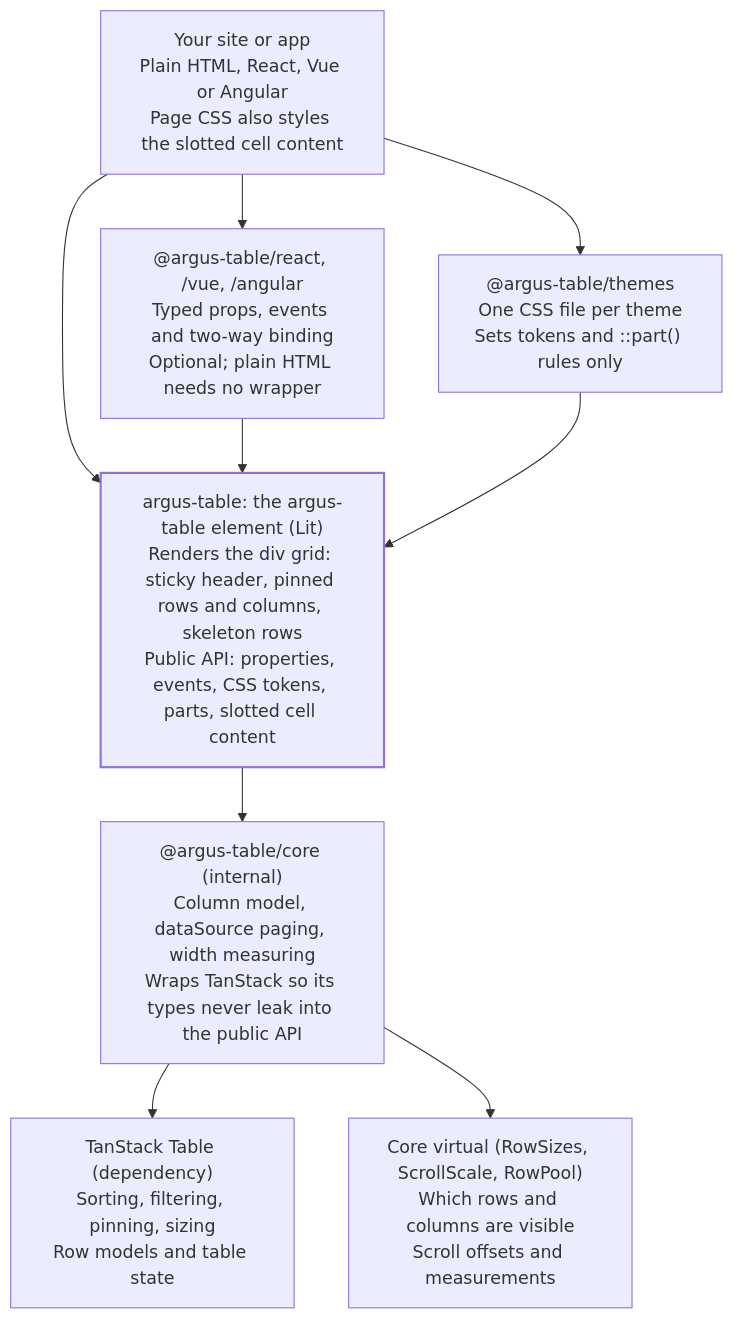
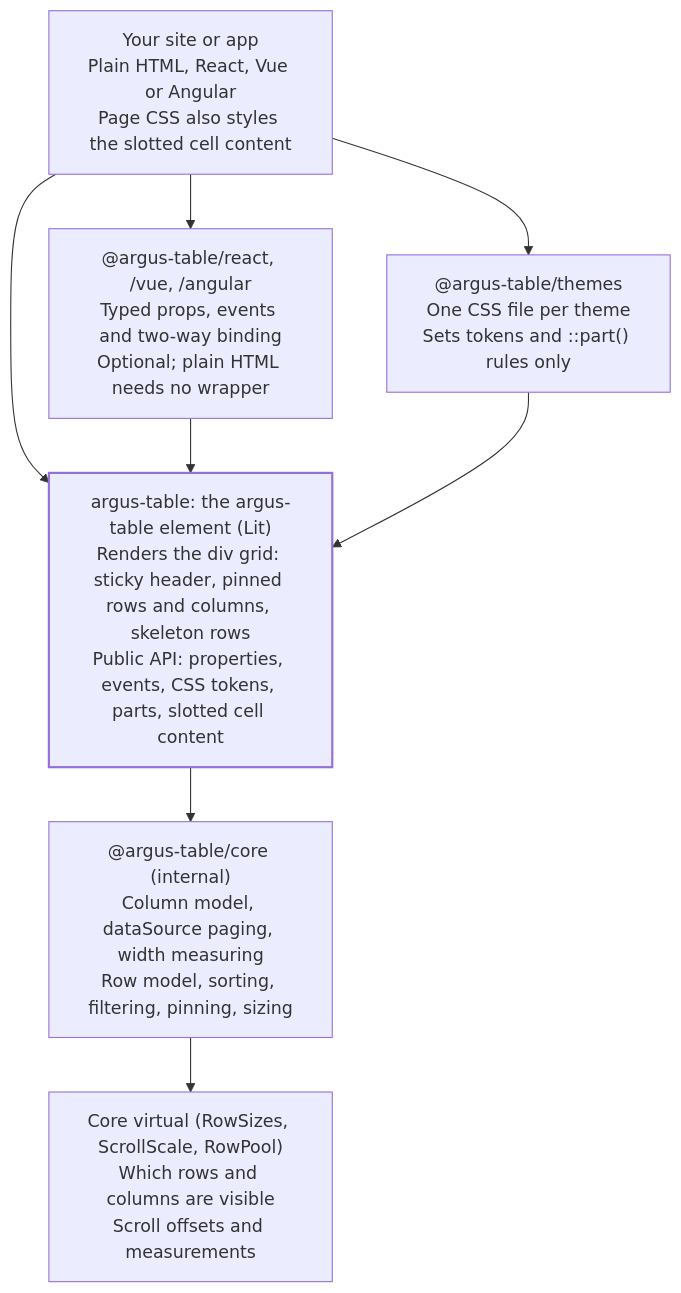
The diagram in docs/plan/plan/04-architecture.md (Joessst-Dev/argus-table), drawn with Mermaid before and after one commit. The commit also changed other lines of this file and 34 other files, not shown here.

First line of the commit message:
perf: own row model, without TanStack Table (ADR 0010) (#179)

````diff
--- a/docs/plan/plan/04-architecture.md
+++ b/docs/plan/plan/04-architecture.md
@@ -9,22 +9,20 @@
 ```mermaid
 flowchart TD
     app["Your site or app<br/>Plain HTML, React, Vue or Angular<br/>Page CSS also styles the slotted cell content"]
     wrappers["@argus-table/react, /vue, /angular<br/>Typed props, events and two-way binding<br/>Optional; plain HTML needs no wrapper"]
     themes["@argus-table/themes<br/>One CSS file per theme<br/>Sets tokens and ::part() rules only"]
     table["argus-table: the argus-table element (Lit)<br/>Renders the div grid: sticky header, pinned rows and columns, skeleton rows<br/>Public API: properties, events, CSS tokens, parts, slotted cell content"]
-    core["@argus-table/core (internal)<br/>Column model, dataSource paging, width measuring<br/>Wraps TanStack so its types never leak into the public API"]
-    tst["TanStack Table (dependency)<br/>Sorting, filtering, pinning, sizing<br/>Row models and table state"]
+    core["@argus-table/core (internal)<br/>Column model, dataSource paging, width measuring<br/>Row model, sorting, filtering, pinning, sizing"]
     tsv["Core virtual (RowSizes, ScrollScale, RowPool)<br/>Which rows and columns are visible<br/>Scroll offsets and measurements"]
 
     app --> wrappers
     app --> table
     app --> themes
     wrappers --> table
     themes --> table
     table --> core
-    core --> tst
     core --> tsv
 
     classDef main stroke-width:2px
     class table main
 ```
````
